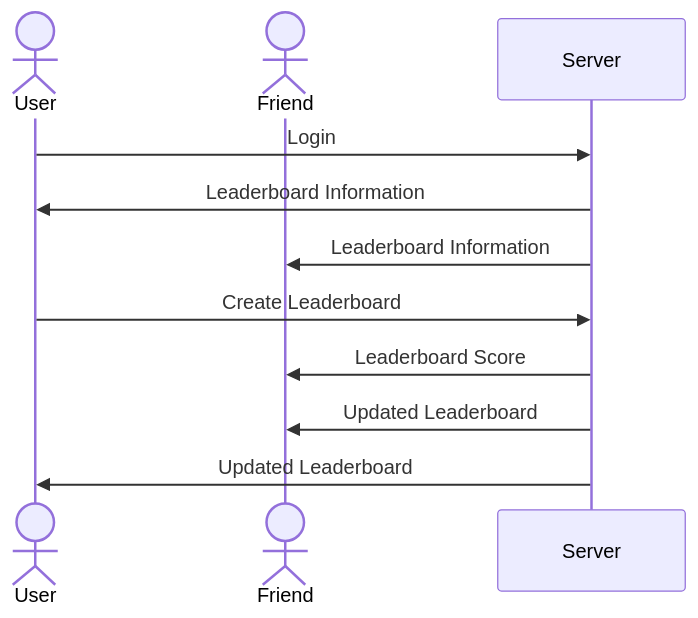
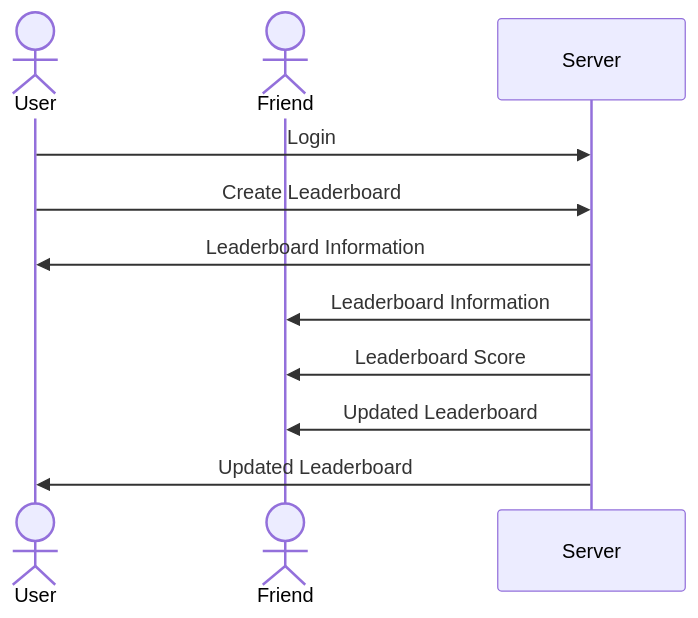
The diagram in README.md (jarommasters-max/boardification), drawn with Mermaid before and after one commit. The commit also changed other lines of this file, not shown here.

Commit message:
Re-arranged diagram

````diff
--- a/README.md
+++ b/README.md
@@ -27,12 +27,12 @@
 ```mermaid
 sequenceDiagram
     actor User
     actor Friend
     User->>Server: Login
+    User->>Server: Create Leaderboard
     Server->>User: Leaderboard Information
     Server->>Friend: Leaderboard Information
-    User->>Server: Create Leaderboard
     Server->>Friend: Leaderboard Score
     Server->>Friend: Updated Leaderboard
     Server->>User: Updated Leaderboard
 ```
````
